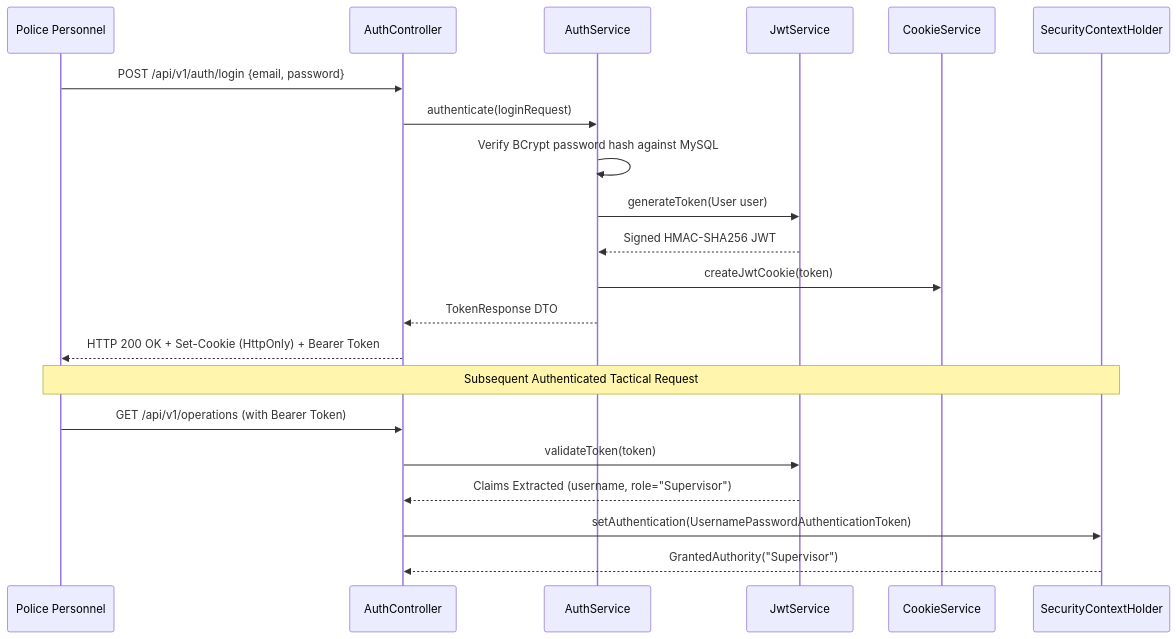
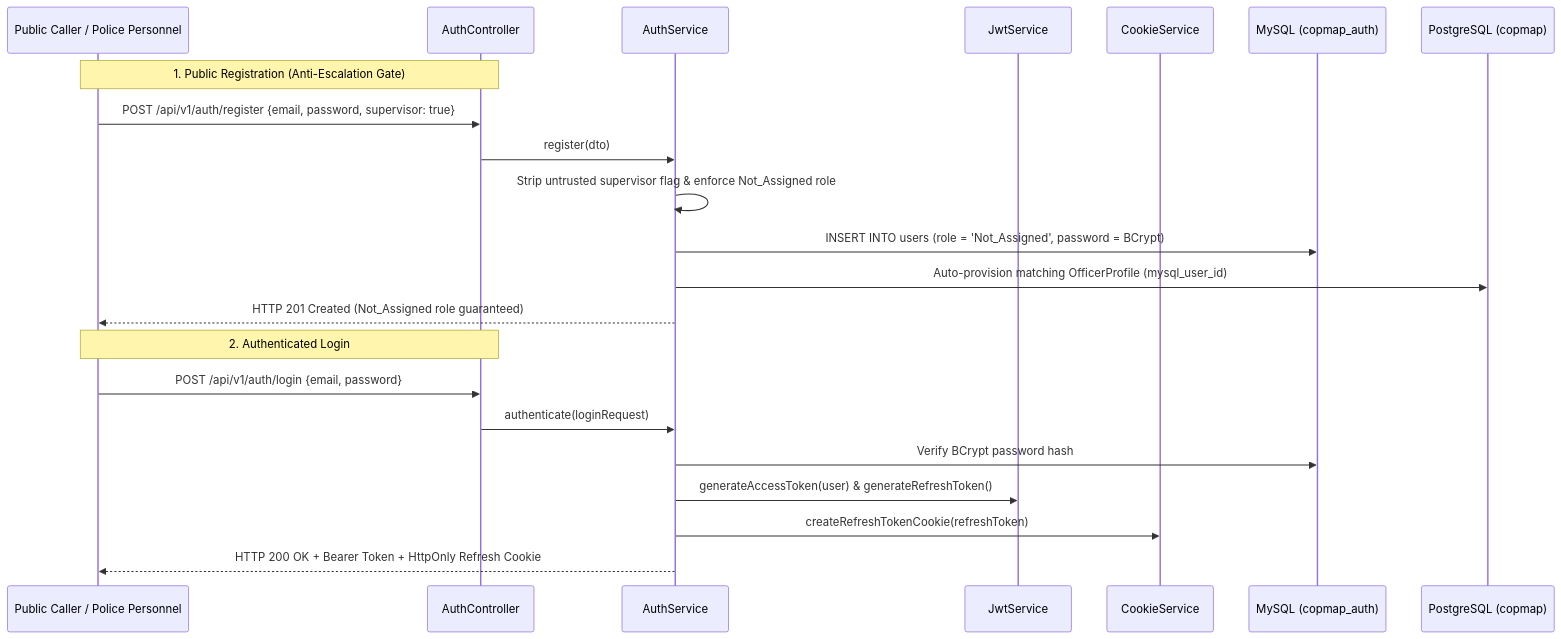
The third of 7 diagrams in README.md (Anantctrl/CMP), drawn with Mermaid before and after one commit. The commit also changed other lines of this file, not shown here.

Commit message:
docs(readme): audit and align all architectural claims, endpoints, and setup instructions with actual codebase

````diff
--- a/README.md
+++ b/README.md
@@ -139,25 +142,26 @@
 ```mermaid
 sequenceDiagram
-    participant User as Police Personnel
+    participant User as Public Caller / Police Personnel
     participant AuthCtrl as AuthController
     participant AuthSvc as AuthService
     participant JwtSvc as JwtService
     participant CookieSvc as CookieService
-    participant SecurityContext as SecurityContextHolder
+    participant MySQL as MySQL (copmap_auth)
+    participant PG as PostgreSQL (copmap)
 
+    Note over User,AuthCtrl: 1. Public Registration (Anti-Escalation Gate)
+    User->>AuthCtrl: POST /api/v1/auth/register {email, password, supervisor: true}
+    AuthCtrl->>AuthSvc: register(dto)
+    AuthSvc->>AuthSvc: Strip untrusted supervisor flag & enforce Not_Assigned role
+    AuthSvc->>MySQL: INSERT INTO users (role = 'Not_Assigned', password = BCrypt)
+    AuthSvc->>PG: Auto-provision matching OfficerProfile (mysql_user_id)
+    AuthSvc-->>User: HTTP 201 Created (Not_Assigned role guaranteed)
+
+    Note over User,AuthCtrl: 2. Authenticated Login
     User->>AuthCtrl: POST /api/v1/auth/login {email, password}
     AuthCtrl->>AuthSvc: authenticate(loginRequest)
-    AuthSvc->>AuthSvc: Verify BCrypt password hash against MySQL
-    AuthSvc->>JwtSvc: generateToken(User user)
-    JwtSvc-->>AuthSvc: Signed HMAC-SHA256 JWT
-    AuthSvc->>CookieSvc: createJwtCookie(token)
-    AuthSvc-->>AuthCtrl: TokenResponse DTO
-    AuthCtrl-->>User: HTTP 200 OK + Set-Cookie (HttpOnly) + Bearer Token
-
-    Note over User,SecurityContext: Subsequent Authenticated Tactical Request
-    User->>AuthCtrl: GET /api/v1/operations (with Bearer Token)
-    AuthCtrl->>JwtSvc: validateToken(token)
-    JwtSvc-->>AuthCtrl: Claims Extracted (username, role="Supervisor")
-    AuthCtrl->>SecurityContext: setAuthentication(UsernamePasswordAuthenticationToken)
-    SecurityContext-->>AuthCtrl: GrantedAuthority("Supervisor")
+    AuthSvc->>MySQL: Verify BCrypt password hash
+    AuthSvc->>JwtSvc: generateAccessToken(user) & generateRefreshToken()
+    AuthSvc->>CookieSvc: createRefreshTokenCookie(refreshToken)
+    AuthSvc-->>User: HTTP 200 OK + Bearer Token + HttpOnly Refresh Cookie
 ```
````
